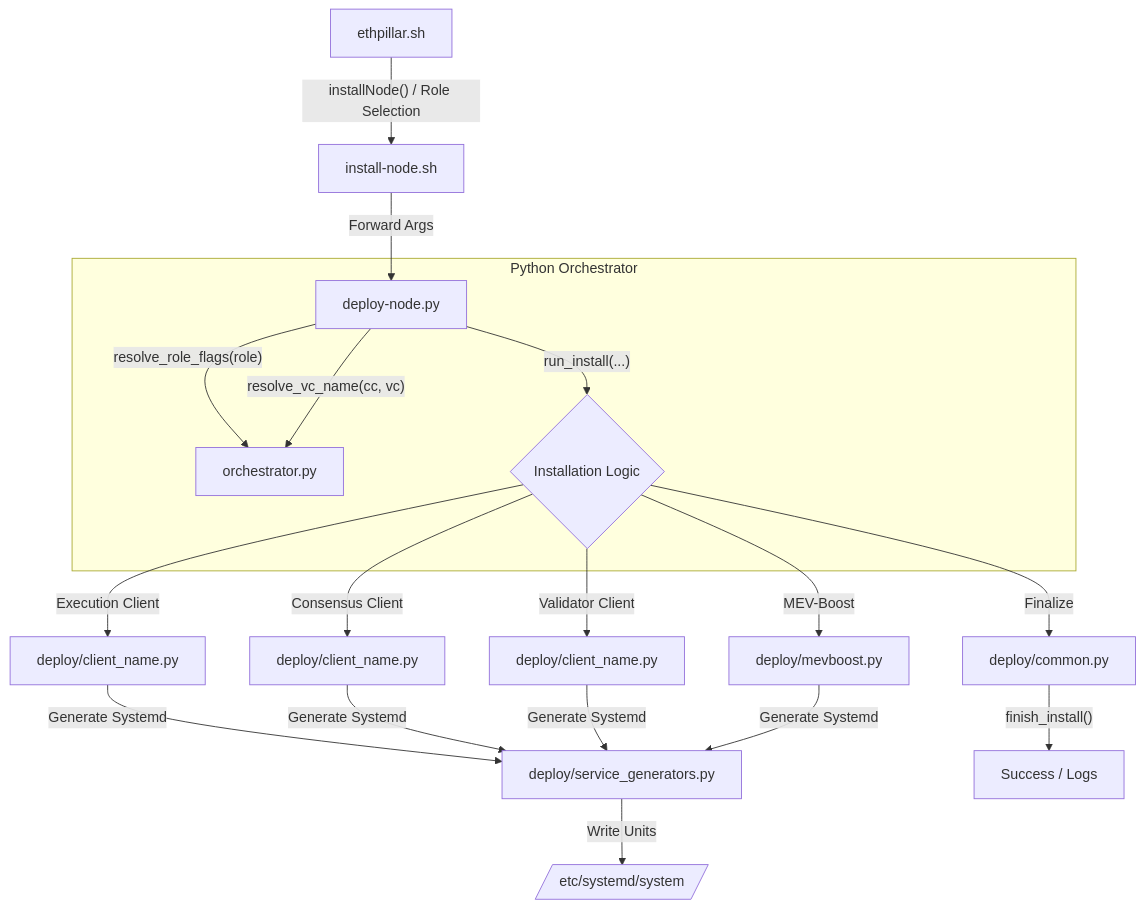
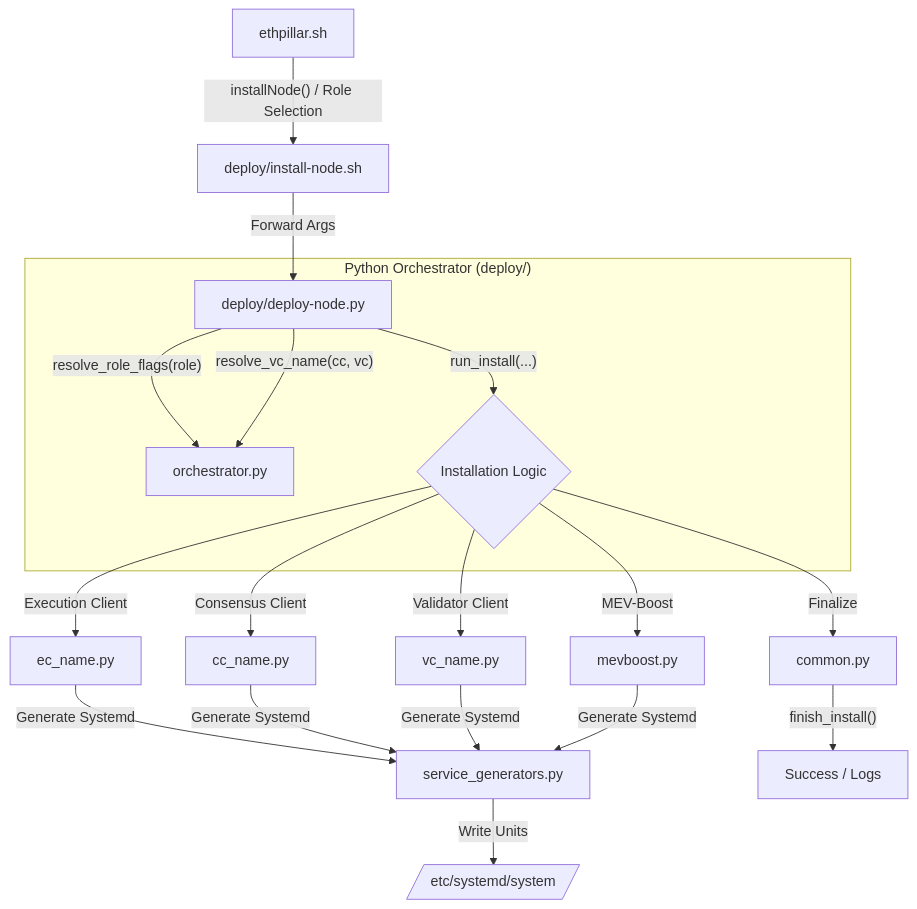
Before and after one commit to mjkeating/EthPillar: the diagram in deploy/DEPLOY_FLOW.md, drawn with Mermaid.

````diff
--- a/deploy/DEPLOY_FLOW.md
+++ b/deploy/DEPLOY_FLOW.md
@@ -7,22 +7,22 @@
 ```mermaid
 graph TD
-    A[ethpillar.sh] -- "installNode() / Role Selection" --> B[install-node.sh]
-    B -- "Forward Args" --> C[deploy-node.py]
+    A[ethpillar.sh] -- "installNode() / Role Selection" --> B[deploy/install-node.sh]
+    B -- "Forward Args" --> C[deploy/deploy-node.py]
     
-    subgraph "Python Orchestrator"
+    subgraph "Python Orchestrator (deploy/)"
     C -- "resolve_role_flags(role)" --> D[orchestrator.py]
     C -- "resolve_vc_name(cc, vc)" --> D
     C -- "run_install(...)" --> E{Installation Logic}
     end
 
-    E -- "Execution Client" --> F[deploy/client_name.py]
-    E -- "Consensus Client" --> G[deploy/client_name.py]
-    E -- "Validator Client" --> H[deploy/client_name.py]
-    E -- "MEV-Boost" --> I[deploy/mevboost.py]
+    E -- "Execution Client" --> F[ec_name.py]
+    E -- "Consensus Client" --> G[cc_name.py]
+    E -- "Validator Client" --> H[vc_name.py]
+    E -- "MEV-Boost" --> I[mevboost.py]
 
-    F & G & H & I -- "Generate Systemd" --> J[deploy/service_generators.py]
+    F & G & H & I -- "Generate Systemd" --> J[service_generators.py]
     J -- "Write Units" --> K[/etc/systemd/system/]
 
-    E -- "Finalize" --> L[deploy/common.py]
+    E -- "Finalize" --> L[common.py]
     L -- "finish_install()" --> M[Success / Logs]
 ```
````
